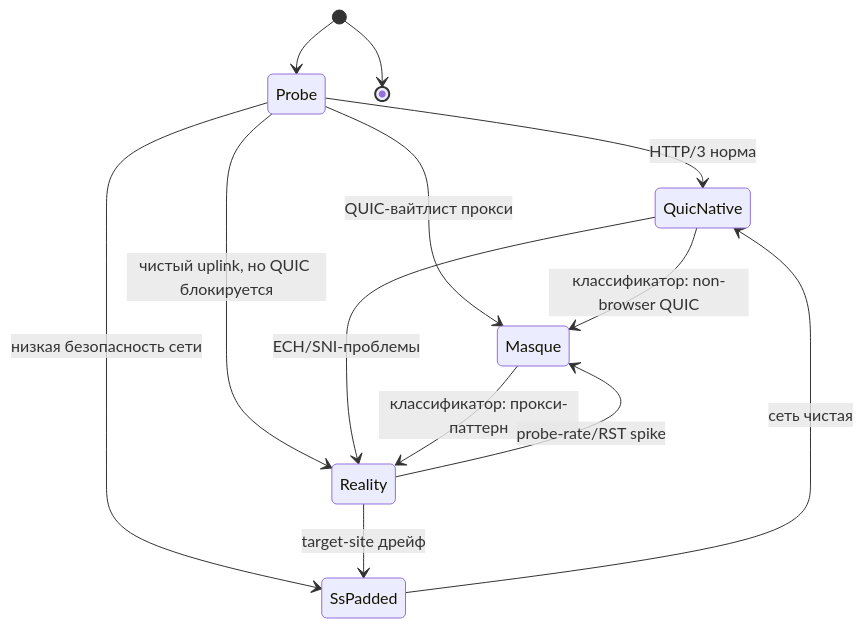
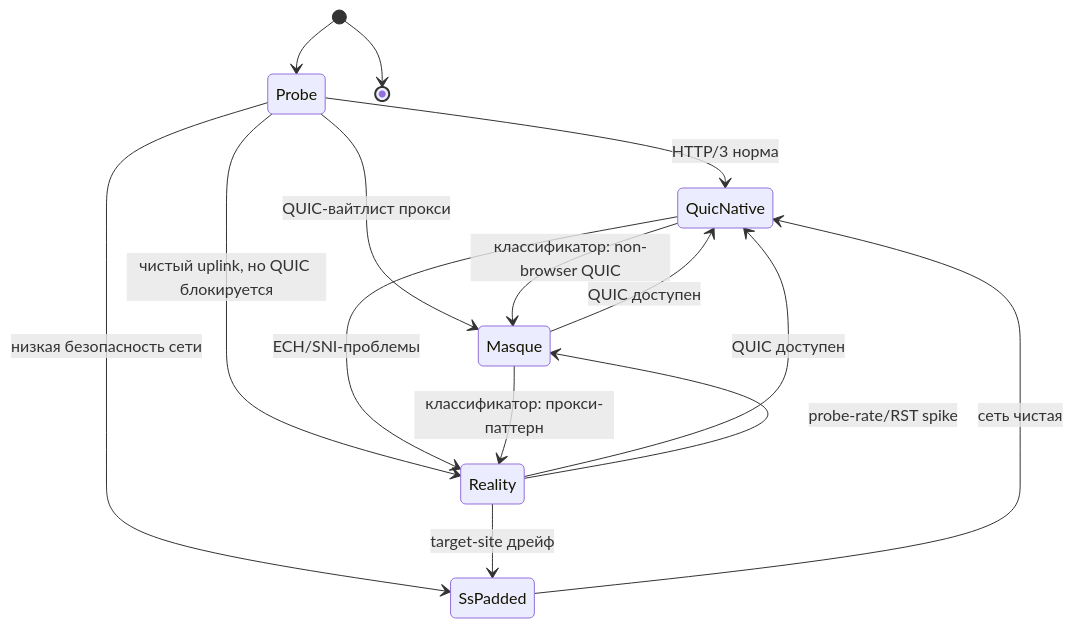
Before and after one commit to ThunderIsMad/aether-vpn-engine: the diagram in design/02-protocols.md, drawn with Mermaid. The commit also changed other lines of this file and 5 other files, not shown here.

````diff
--- a/design/02-protocols.md
+++ b/design/02-protocols.md
@@ -87,15 +88,17 @@
 ```mermaid
 stateDiagram-v2
   [*] --> Probe
   Probe --> QuicNative: HTTP/3 норма
   Probe --> Masque: QUIC-вайтлист прокси
   Probe --> Reality: чистый uplink, но QUIC блокируется
   Probe --> SsPadded: низкая безопасность сети
   QuicNative --> Masque: классификатор: non-browser QUIC
   QuicNative --> Reality: ECH/SNI-проблемы
   Masque --> Reality: классификатор: прокси-паттерн
+  Masque --> QuicNative: QUIC доступен
+  Reality --> QuicNative: QUIC доступен
   Reality --> Masque: probe-rate/RST spike
   Reality --> SsPadded: target-site дрейф
   SsPadded --> QuicNative: сеть чистая
   [*] --> [*]
 ```
````
